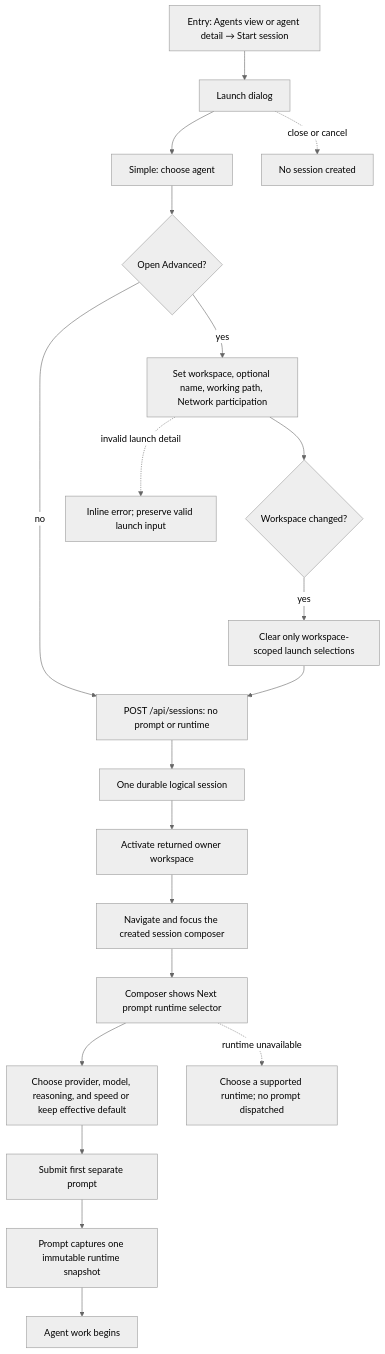
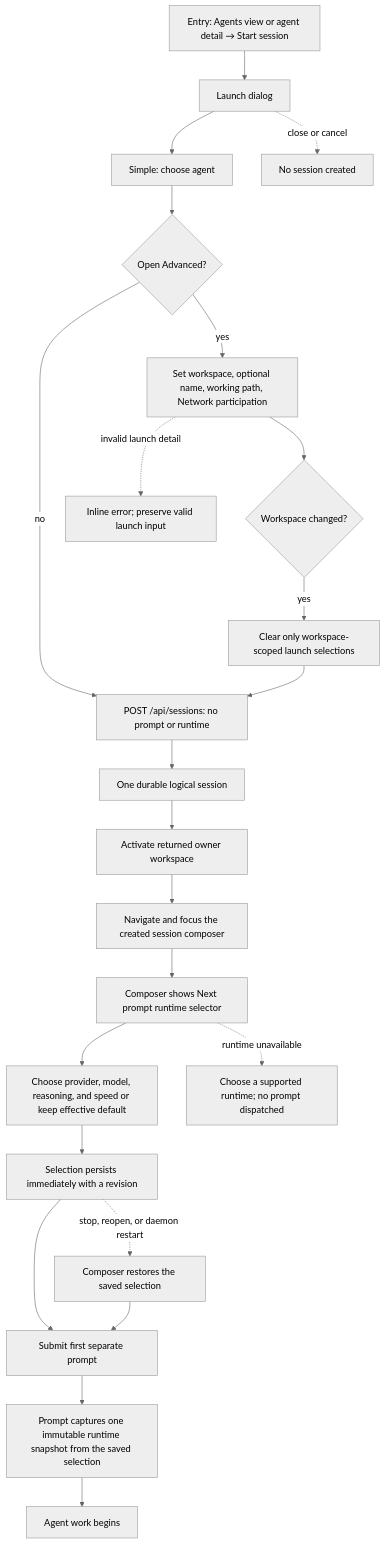
Before and after one commit to compozy/compozy: the diagram in docs/qa/journeys/J-17-session-create-unified-selector.md, drawn with Mermaid (neutral theme). The commit also changed other lines of this file and 190 other files, not shown here.

````diff
--- a/docs/qa/journeys/J-17-session-create-unified-selector.md
+++ b/docs/qa/journeys/J-17-session-create-unified-selector.md
@@ -8,22 +9,25 @@
 ```mermaid
 flowchart TD
     E1[Entry: Agents view or agent detail → Start session] --> D[Launch dialog]
     D --> S[Simple: choose agent]
     S --> ADV{Open Advanced?}
     ADV -->|yes| A[Set workspace, optional name, working path, Network participation]
     ADV -->|no| POST
     A --> W{Workspace changed?}
     W -->|yes| CLR[Clear only workspace-scoped launch selections]
     CLR --> POST[POST /api/sessions: no prompt or runtime]
     POST --> ACCEPT[One durable logical session]
     ACCEPT --> ACT[Activate returned owner workspace]
     ACT --> NAV[Navigate and focus the created session composer]
     NAV --> SEL[Composer shows Next prompt runtime selector]
     SEL --> PICK[Choose provider, model, reasoning, and speed or keep effective default]
-    PICK --> SEND[Submit first separate prompt]
-    SEND --> SNAP[Prompt captures one immutable runtime snapshot]
+    PICK --> SAVE[Selection persists immediately with a revision]
+    SAVE --> SEND[Submit first separate prompt]
+    SEND --> SNAP[Prompt captures one immutable runtime snapshot from the saved selection]
     SNAP --> RUN[Agent work begins]
+    SAVE -.->|stop, reopen, or daemon restart| RESTORE[Composer restores the saved selection]
+    RESTORE --> SEND
     D -.->|close or cancel| ABORT[No session created]
     A -.->|invalid launch detail| FIX[Inline error; preserve valid launch input]
     SEL -.->|runtime unavailable| RECOVER[Choose a supported runtime; no prompt dispatched]
 ```
````
